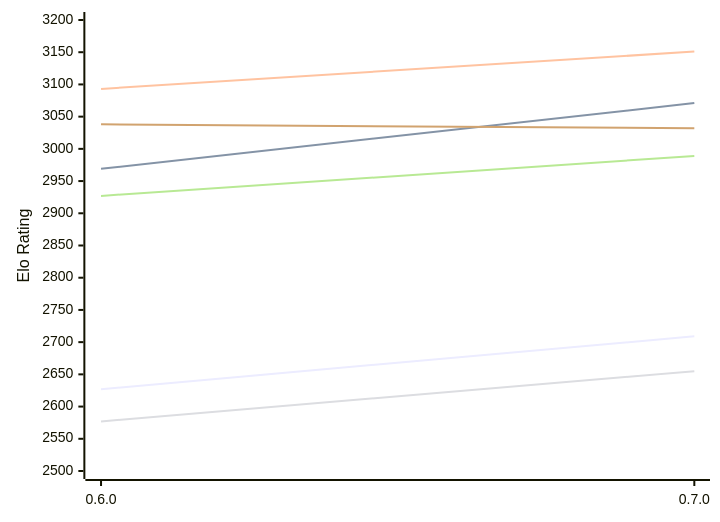
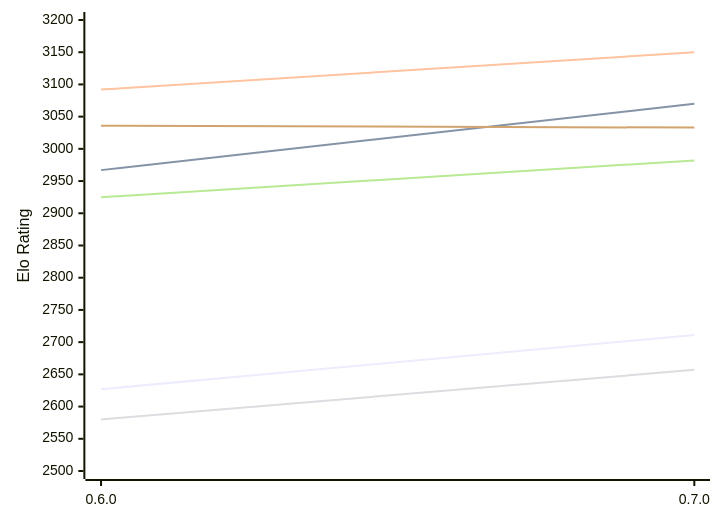
One commit to computer-chess-index/cci changed the first of 2 diagrams in engines/AteNika.md. Above: the diagram before and after it, drawn with Mermaid. The commit also changed other lines of this file, not shown here.

Commit message:
Update CCI Ratings (ELO VLTC) - 2026-11-19

````diff
--- a/engines/AteNika.md
+++ b/engines/AteNika.md
@@ -52,12 +52,12 @@
 ```mermaid
 %%{init: {"theme":"base","themeVariables":{"seriesColors:['#a3a3a3','#222221','#faa371']}}}%%
 xychart-beta
   x-axis ["0.6.0", "0.7.0"]
   y-axis "Elo Rating" 2500 --> 3200
-  line "E1: STC (8.0+0.08s)" [2627, 2709]
-  line "E1: LTC (60.0+0.60s)" [2969, 3071]
-  line "E1: VLTC (2m24s+1.12s)" [3093, 3151]
-  line "P1: STC (8.0+0.08s)" [2577, 2655]
-  line "P1: LTC (60.0+0.60s)" [2927, 2989]
-  line "P1: VLTC (2m24s+1.12s)" [3038, 3032]
+  line "E1: STC (8.0+0.08s)" [2627, 2711]
+  line "E1: LTC (60.0+0.60s)" [2967, 3070]
+  line "E1: VLTC (2m24s+1.12s)" [3092, 3150]
+  line "P1: STC (8.0+0.08s)" [2580, 2657]
+  line "P1: LTC (60.0+0.60s)" [2925, 2982]
+  line "P1: VLTC (2m24s+1.12s)" [3036, 3033]
 ```
````
